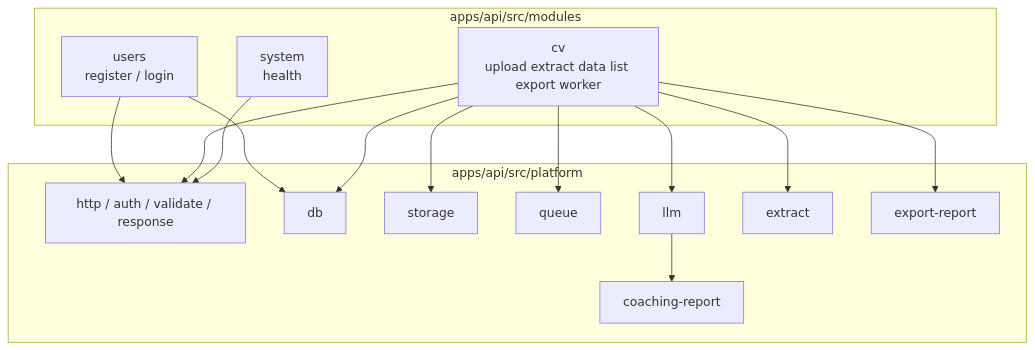
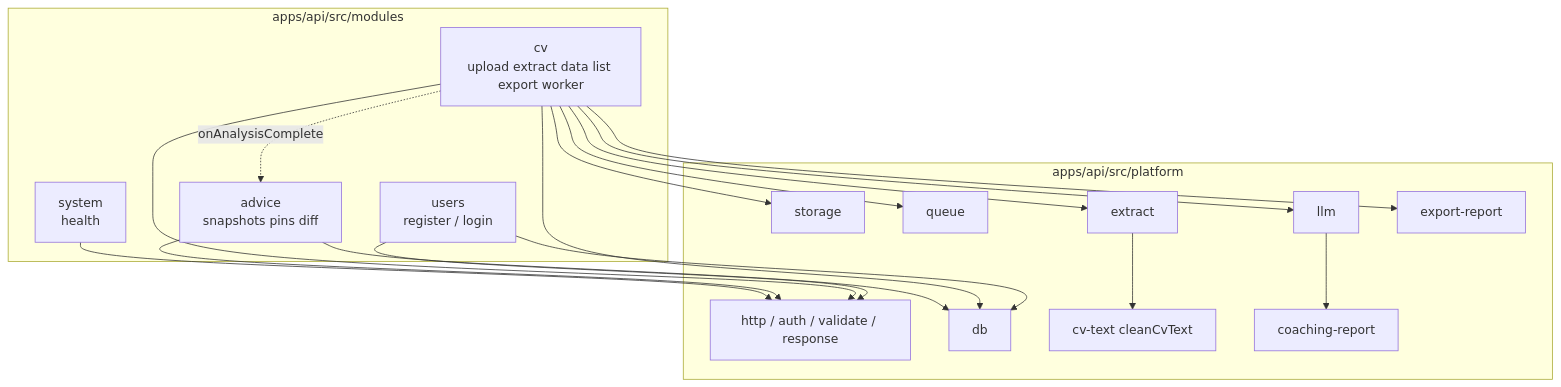
Before and after one commit to nguyentantai21042004/co3065-advanced-software-engineering: the second of 3 diagrams in documents/architecture/logical.md, drawn with Mermaid. The commit also changed other lines of this file and 1 other file, not shown here.

Commit message:
feat: personalize advice snapshots, pins, and account diffs
Add advice module (timeline/diff/pins), ATS-inspired cleanCvText, Vietnamese
coaching copy, and basic /dashboard/advice UI with pin hooks on results.

````diff
--- a/documents/architecture/logical.md
+++ b/documents/architecture/logical.md
@@ -53,31 +53,37 @@
 ```mermaid
 flowchart TB
   subgraph api["apps/api/src/modules"]
     users["users<br/>register / login"]
     cv["cv<br/>upload extract data list export worker"]
+    advice["advice<br/>snapshots pins diff"]
     system["system<br/>health"]
   end
 
   subgraph platform["apps/api/src/platform"]
     http["http / auth / validate / response"]
     db["db"]
     store["storage"]
     q["queue"]
     llm["llm"]
     extract["extract"]
+    clean["cv-text cleanCvText"]
     coach["coaching-report"]
     exp["export-report"]
   end
 
   users --> http
   cv --> http
+  advice --> http
   system --> http
   users --> db
   cv --> db
+  advice --> db
   cv --> store
   cv --> q
   cv --> llm
   cv --> extract
+  extract --> clean
   llm --> coach
   cv --> exp
+  cv -.->|onAnalysisComplete| advice
 ```
````
